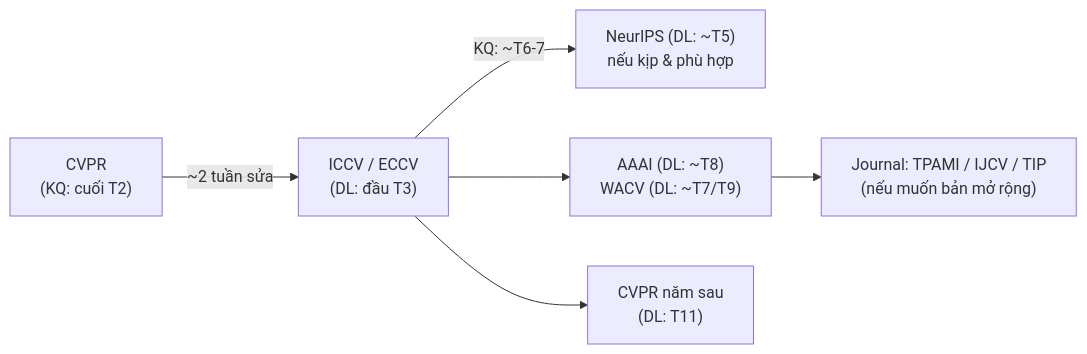
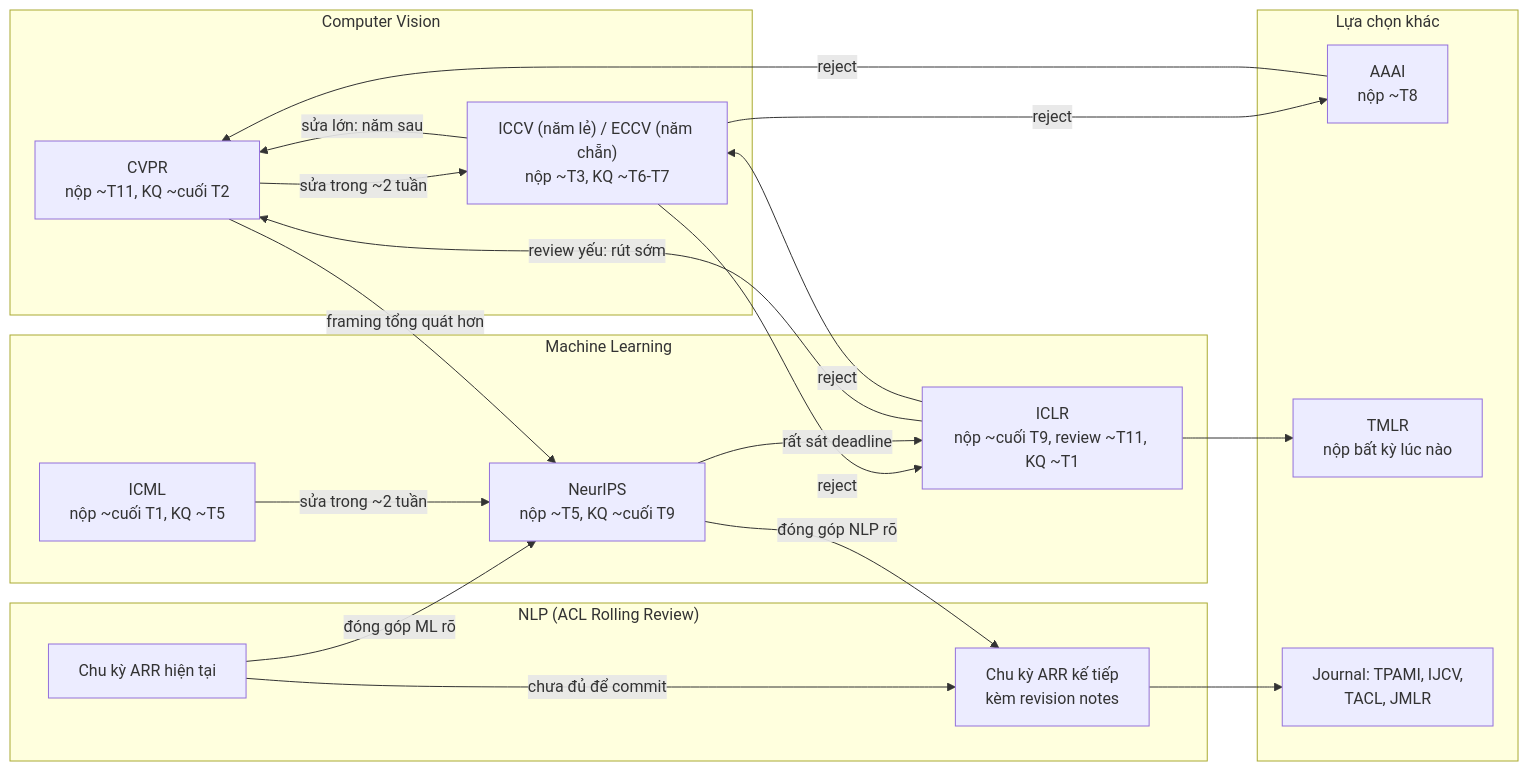
The diagram in docs/04-nop-va-sau-nop/reject.md (tuandung222/How-to-write-Astar-Paper), drawn with Mermaid before and after one commit. The commit also changed other lines of this file and 61 other files, not shown here.

````diff
--- a/docs/04-nop-va-sau-nop/reject.md
+++ b/docs/04-nop-va-sau-nop/reject.md
@@ -26,8 +62,36 @@
 ```mermaid
 flowchart LR
-  CVPR["CVPR<br/>(KQ: cuối T2)"] -->|"~2 tuần sửa"| ICCV_ECCV["ICCV / ECCV<br/>(DL: đầu T3)"]
-  ICCV_ECCV -->|"KQ: ~T6-7"| NeurIPS["NeurIPS (DL: ~T5)<br/>nếu kịp & phù hợp"]
-  ICCV_ECCV --> AAAI["AAAI (DL: ~T8)<br/>WACV (DL: ~T7/T9)"]
-  ICCV_ECCV --> CVPR2["CVPR năm sau<br/>(DL: T11)"]
-  AAAI --> J["Journal: TPAMI / IJCV / TIP<br/>(nếu muốn bản mở rộng)"]
+  subgraph CVG["Computer Vision"]
+    CVPR["CVPR<br/>nộp ~T11, KQ ~cuối T2"]
+    IE["ICCV (năm lẻ) / ECCV (năm chẵn)<br/>nộp ~T3, KQ ~T6-T7"]
+  end
+  subgraph MLG["Machine Learning"]
+    ICML["ICML<br/>nộp ~cuối T1, KQ ~T5"]
+    NIPS["NeurIPS<br/>nộp ~T5, KQ ~cuối T9"]
+    ICLR["ICLR<br/>nộp ~cuối T9, review ~T11, KQ ~T1"]
+  end
+  subgraph NLPG["NLP (ACL Rolling Review)"]
+    ARR["Chu kỳ ARR hiện tại"]
+    ARR2["Chu kỳ ARR kế tiếp<br/>kèm revision notes"]
+  end
+  subgraph OTH["Lựa chọn khác"]
+    AAAI["AAAI<br/>nộp ~T8"]
+    TMLR["TMLR<br/>nộp bất kỳ lúc nào"]
+    JNL["Journal: TPAMI, IJCV,<br/>TACL, JMLR"]
+  end
+  CVPR -->|"sửa trong ~2 tuần"| IE
+  CVPR -->|"framing tổng quát hơn"| NIPS
+  IE -->|"reject"| AAAI
+  IE -->|"reject"| ICLR
+  IE -->|"sửa lớn: năm sau"| CVPR
+  ICML -->|"sửa trong ~2 tuần"| NIPS
+  NIPS -->|"rất sát deadline"| ICLR
+  NIPS -->|"đóng góp NLP rõ"| ARR2
+  ICLR -->|"review yếu: rút sớm"| CVPR
+  ICLR -->|"reject"| IE
+  ARR -->|"chưa đủ để commit"| ARR2
+  ARR -->|"đóng góp ML rõ"| NIPS
+  AAAI -->|"reject"| CVPR
+  ARR2 --> JNL
+  ICLR --> TMLR
 ```
````
